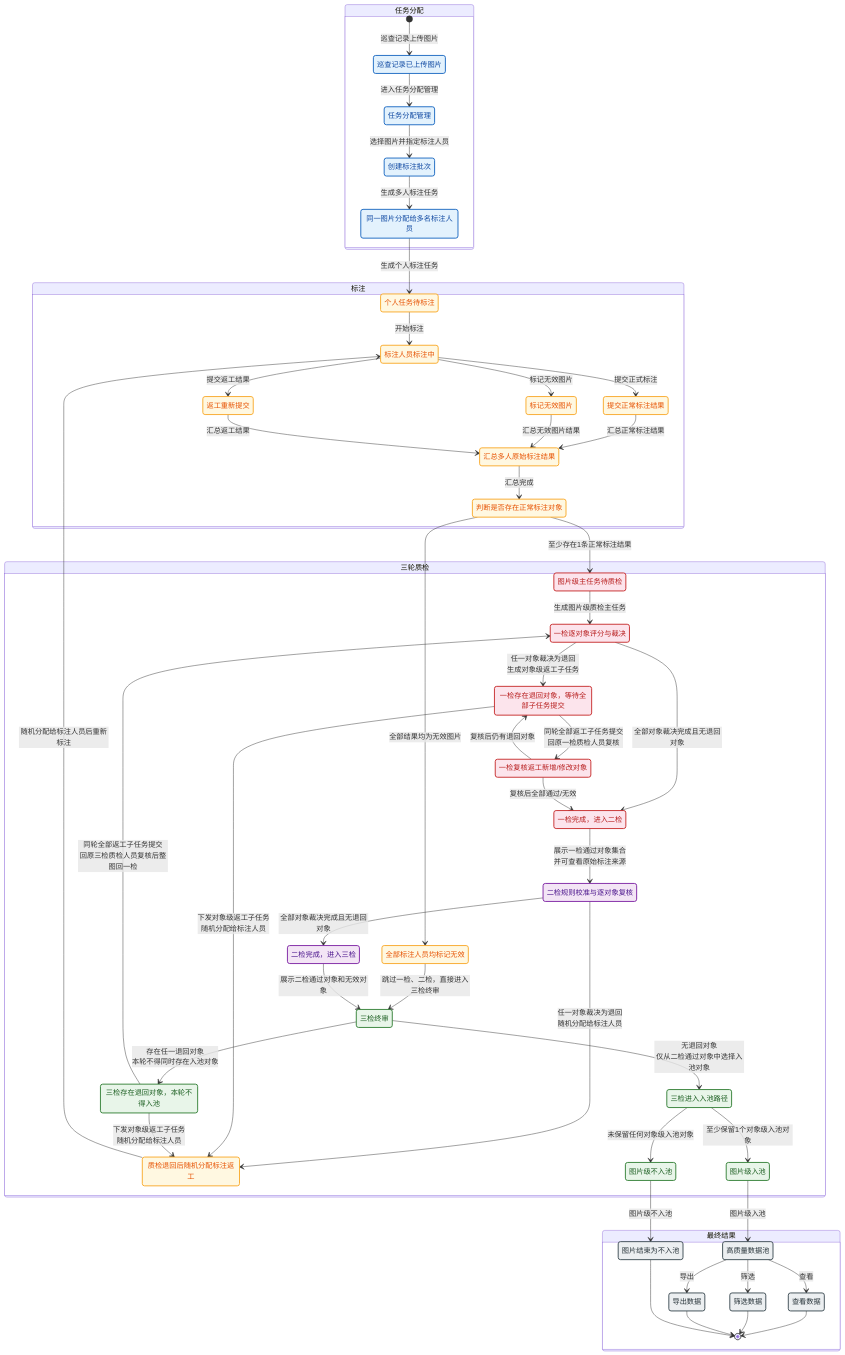
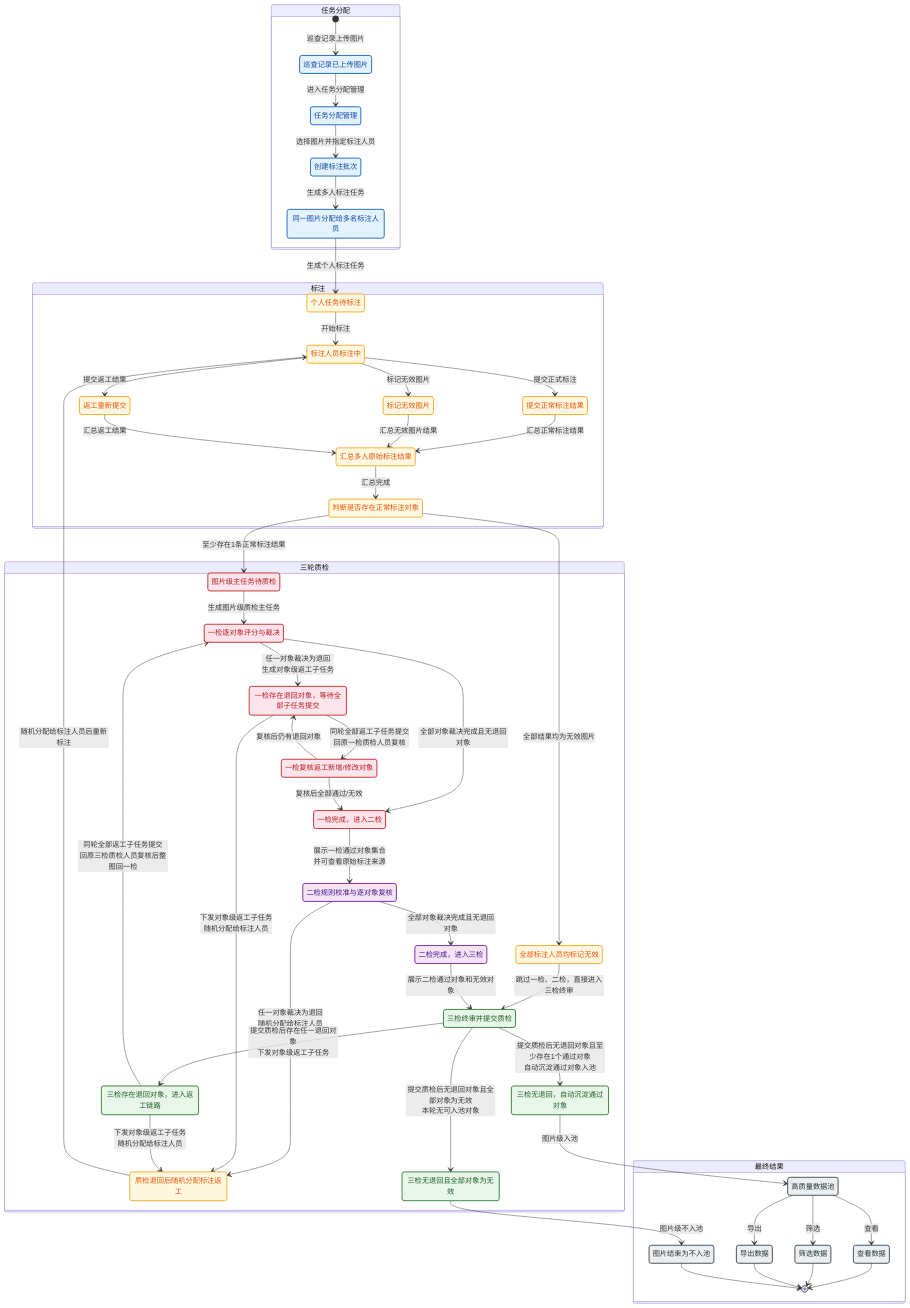
One commit to zhudan930612/shujuzhili changed the diagram in 02-PRD文档/后台管理/标注质检三轮质检流程.mmd. Above: the diagram before and after it, drawn with Mermaid. The commit also changed 1 other file, not shown here.

Commit message:
feat(流程图): 简化三检状态流转，移除QC3PoolPath中间态
- QC3Review改为三检终审并提交质检，提交后根据结果直接流转

- 移除QC3PoolPath中间态，三检无退回且存在通过对象时直接沉淀入池

- 三检无退回且全部无效时直接标记为QC3NoPool

- 同步更新样式类定义，移除qc3Style中的QC3PoolPath

- 小散巡检原型源文件.rp：同步更新三检终局态设计（+12MB）

```diff
--- a/02-PRD文档/后台管理/标注质检三轮质检流程.mmd
+++ b/02-PRD文档/后台管理/标注质检三轮质检流程.mmd
@@ -1,130 +1,128 @@
 %%{init: {'theme':'mc'}}%%
 stateDiagram-v2
   %% ═══════════════════════════════════════════
   %% 阶段一：任务分配
   %% ═══════════════════════════════════════════
   state "任务分配" as Assign {
     InspectionUploaded: 巡查记录已上传图片
     AssignmentManage: 任务分配管理
     BatchCreated: 创建标注批次
     MultiAnnotationAssigned: 同一图片分配给多名标注人员
 
     [*] --> InspectionUploaded: 巡查记录上传图片
     InspectionUploaded --> AssignmentManage: 进入任务分配管理
     AssignmentManage --> BatchCreated: 选择图片并指定标注人员
     BatchCreated --> MultiAnnotationAssigned: 生成多人标注任务
   }
 
   %% ═══════════════════════════════════════════
   %% 阶段二：标注
   %% ═══════════════════════════════════════════
   state "标注" as Anno {
     AnnotationTodo: 个人任务待标注
     Annotating: 标注人员标注中
     AnnotationSubmitted: 提交正常标注结果
     AnnotationInvalid: 标记无效图片
     AnnotationReturned: 质检退回后随机分配标注返工
     AnnotationResubmitted: 返工重新提交
     AnnotationMerged: 汇总多人原始标注结果
     CheckMergedResult: 判断是否存在正常标注对象
     AllInvalidSample: 全部标注人员均标记无效
 
     AnnotationTodo --> Annotating: 开始标注
     Annotating --> AnnotationSubmitted: 提交正式标注
     Annotating --> AnnotationInvalid: 标记无效图片
     AnnotationReturned --> Annotating: 随机分配给标注人员后重新标注
     Annotating --> AnnotationResubmitted: 提交返工结果
     AnnotationSubmitted --> AnnotationMerged: 汇总正常标注结果
     AnnotationInvalid --> AnnotationMerged: 汇总无效图片结果
     AnnotationResubmitted --> AnnotationMerged: 汇总返工结果
     AnnotationMerged --> CheckMergedResult: 汇总完成
     CheckMergedResult --> QCWaiting: 至少存在1条正常标注结果
     CheckMergedResult --> AllInvalidSample: 全部结果均为无效图片
   }
 
   %% ═══════════════════════════════════════════
   %% 阶段三：三轮质检
   %% ═══════════════════════════════════════════
   state "三轮质检" as QC {
     QCWaiting: 图片级主任务待质检
 
     QC1Review: 一检逐对象评分与裁决
     QC1WaitRework: 一检存在退回对象，等待全部子任务提交
     QC1ReReview: 一检复核返工新增/修改对象
     QC1Passed: 一检完成，进入二检
 
     QC2Review: 二检规则校准与逐对象复核
     QC2Passed: 二检完成，进入三检
 
-    QC3Review: 三检终审
-    QC3WaitRework: 三检存在退回对象，本轮不得入池
-    QC3PoolPath: 三检进入入池路径
-    QC3NoPool: 图片级不入池
-    QC3Pooled: 图片级入池
+    QC3Review: 三检终审并提交质检
+    QC3WaitRework: 三检存在退回对象，进入返工链路
+    QC3NoPool: 三检无退回且全部对象为无效
+    QC3Pooled: 三检无退回，自动沉淀通过对象
 
     QCWaiting --> QC1Review: 生成图片级质检主任务
     AllInvalidSample --> QC3Review: 跳过一检、二检，直接进入三检终审
 
     QC1Review --> QC1WaitRework: 任一对象裁决为退回<br/>生成对象级返工子任务
     QC1Review --> QC1Passed: 全部对象裁决完成且无退回对象
     QC1WaitRework --> QC1ReReview: 同轮全部返工子任务提交<br/>回原一检质检人员复核
     QC1ReReview --> QC1WaitRework: 复核后仍有退回对象
     QC1ReReview --> QC1Passed: 复核后全部通过/无效
 
     QC1Passed --> QC2Review: 展示一检通过对象集合<br/>并可查看原始标注来源
     QC2Review --> AnnotationReturned: 任一对象裁决为退回<br/>随机分配给标注人员
     QC2Review --> QC2Passed: 全部对象裁决完成且无退回对象
 
     QC2Passed --> QC3Review: 展示二检通过对象和无效对象
-    QC3Review --> QC3WaitRework: 存在任一退回对象<br/>本轮不得同时存在入池对象
-    QC3Review --> QC3PoolPath: 无退回对象<br/>仅从二检通过对象中选择入池对象
+    QC3Review --> QC3WaitRework: 提交质检后存在任一退回对象<br/>下发对象级返工子任务
+    QC3Review --> QC3Pooled: 提交质检后无退回对象且至少存在1个通过对象<br/>自动沉淀通过对象入池
+    QC3Review --> QC3NoPool: 提交质检后无退回对象且全部对象为无效<br/>本轮无可入池对象
     QC3WaitRework --> QC1Review: 同轮全部返工子任务提交<br/>回原三检质检人员复核后整图回一检
-    QC3PoolPath --> QC3Pooled: 至少保留1个对象级入池对象
-    QC3PoolPath --> QC3NoPool: 未保留任何对象级入池对象
   }
 
   %% ═══════════════════════════════════════════
   %% 阶段四：最终结果
   %% ═══════════════════════════════════════════
   state "最终结果" as Result {
     QualityDataPool: 高质量数据池
     QualityDataView: 查看数据
     QualityDataFilter: 筛选数据
     QualityDataExport: 导出数据
     NoPoolEnd: 图片结束为不入池
 
     QualityDataPool --> QualityDataView: 查看
     QualityDataPool --> QualityDataFilter: 筛选
     QualityDataPool --> QualityDataExport: 导出
 
     QualityDataView --> [*]
     QualityDataFilter --> [*]
     QualityDataExport --> [*]
     NoPoolEnd --> [*]
   }
 
   %% ═══════════════════════════════════════════
   %% 跨阶段连线
   %% ═══════════════════════════════════════════
   MultiAnnotationAssigned --> AnnotationTodo: 生成个人标注任务
   QC1WaitRework --> AnnotationReturned: 下发对象级返工子任务<br/>随机分配给标注人员
   QC3WaitRework --> AnnotationReturned: 下发对象级返工子任务<br/>随机分配给标注人员
   QC3Pooled --> QualityDataPool: 图片级入池
   QC3NoPool --> NoPoolEnd: 图片级不入池
 
   %% ═══════════════════════════════════════════
   %% 样式
   %% ═══════════════════════════════════════════
   classDef assignStyle fill:#e3f2fd,stroke:#1565c0,stroke-width:2px,color:#0d47a1
   classDef annoStyle fill:#fff8e1,stroke:#f9a825,stroke-width:2px,color:#e65100
   classDef qc1Style fill:#fce4ec,stroke:#c62828,stroke-width:2px,color:#b71c1c
   classDef qc2Style fill:#f3e5f5,stroke:#7b1fa2,stroke-width:2px,color:#4a148c
   classDef qc3Style fill:#e8f5e9,stroke:#2e7d32,stroke-width:2px,color:#1b5e20
   classDef resultStyle fill:#eceff1,stroke:#37474f,stroke-width:2px,color:#263238
 
   class InspectionUploaded,AssignmentManage,BatchCreated,MultiAnnotationAssigned assignStyle
   class AnnotationTodo,Annotating,AnnotationSubmitted,AnnotationInvalid,AnnotationReturned,AnnotationResubmitted,AnnotationMerged,CheckMergedResult,AllInvalidSample annoStyle
   class QCWaiting,QC1Review,QC1WaitRework,QC1ReReview,QC1Passed qc1Style
   class QC2Review,QC2Passed qc2Style
-  class QC3Review,QC3WaitRework,QC3PoolPath,QC3NoPool,QC3Pooled qc3Style
+  class QC3Review,QC3WaitRework,QC3NoPool,QC3Pooled qc3Style
   class QualityDataPool,QualityDataView,QualityDataFilter,QualityDataExport,NoPoolEnd resultStyle
```
